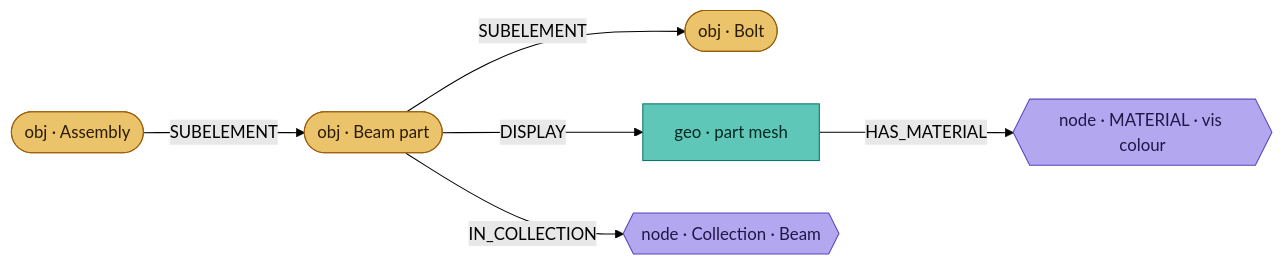
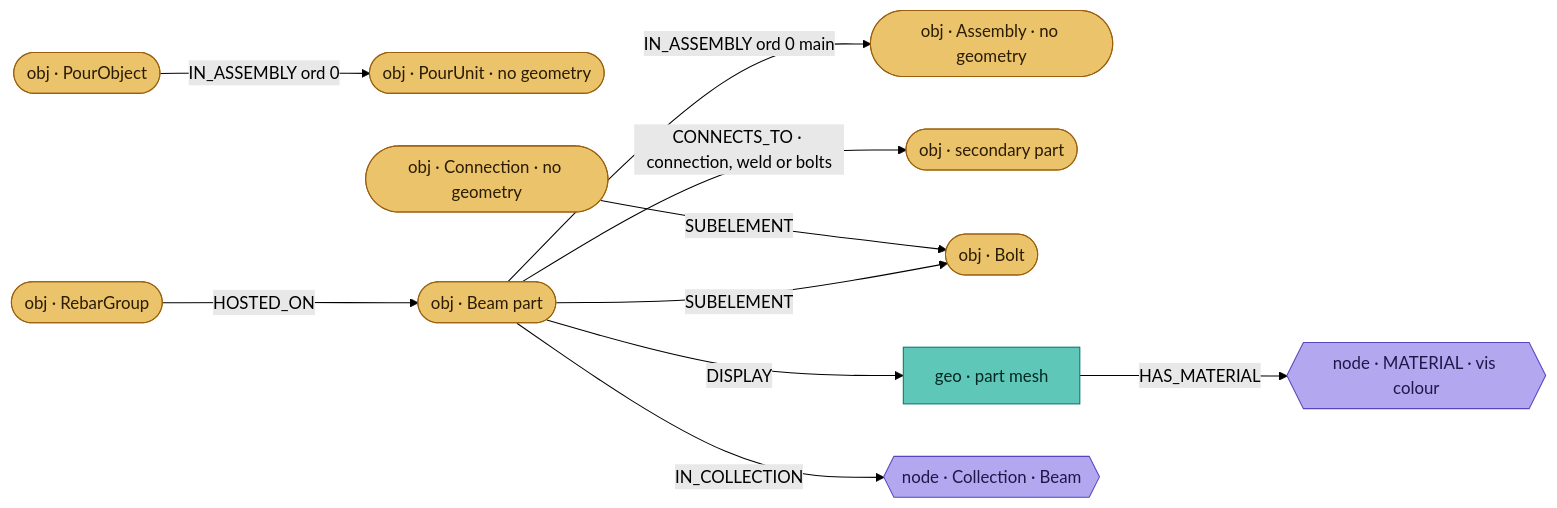
Before and after one commit to specklesystems/speckle-sharp-connectors: diagram 15 of 19 in docs/connector-relations.md, drawn with Mermaid (forest theme). The commit also changed other lines of this file and 18 other files, not shown here.

````diff
--- a/docs/connector-relations.md
+++ b/docs/connector-relations.md
@@ -484,17 +483,26 @@
 ```mermaid
 graph LR
-  AS([obj · Assembly]):::obj
+  AS([obj · Assembly · no geometry]):::obj
+  PU([obj · PourUnit · no geometry]):::obj
+  PO([obj · PourObject]):::obj
+  CN([obj · Connection · no geometry]):::obj
   PT([obj · Beam part]):::obj
+  P2([obj · secondary part]):::obj
   BO([obj · Bolt]):::obj
+  RB([obj · RebarGroup]):::obj
   M[geo · part mesh]:::geo
   MAT{{node · MATERIAL · vis colour}}:::nd
   COL{{node · Collection · Beam}}:::nd
-  AS -->|SUBELEMENT| PT
+  PT -->|IN_ASSEMBLY ord 0 main| AS
+  PO -->|IN_ASSEMBLY ord 0| PU
+  PT -->|CONNECTS_TO · connection, weld or bolts| P2
+  CN -->|SUBELEMENT| BO
+  RB -->|HOSTED_ON| PT
   PT -->|SUBELEMENT| BO
   PT -->|DISPLAY| M
   M -->|HAS_MATERIAL| MAT
   PT -->|IN_COLLECTION| COL
   classDef obj fill:#eac36a,stroke:#9a5f0c,color:#2a1c04;
   classDef geo fill:#5fc7b8,stroke:#0a7369,color:#052723;
   classDef nd fill:#b3a8f0,stroke:#5647bd,color:#211648;
 ```
````
